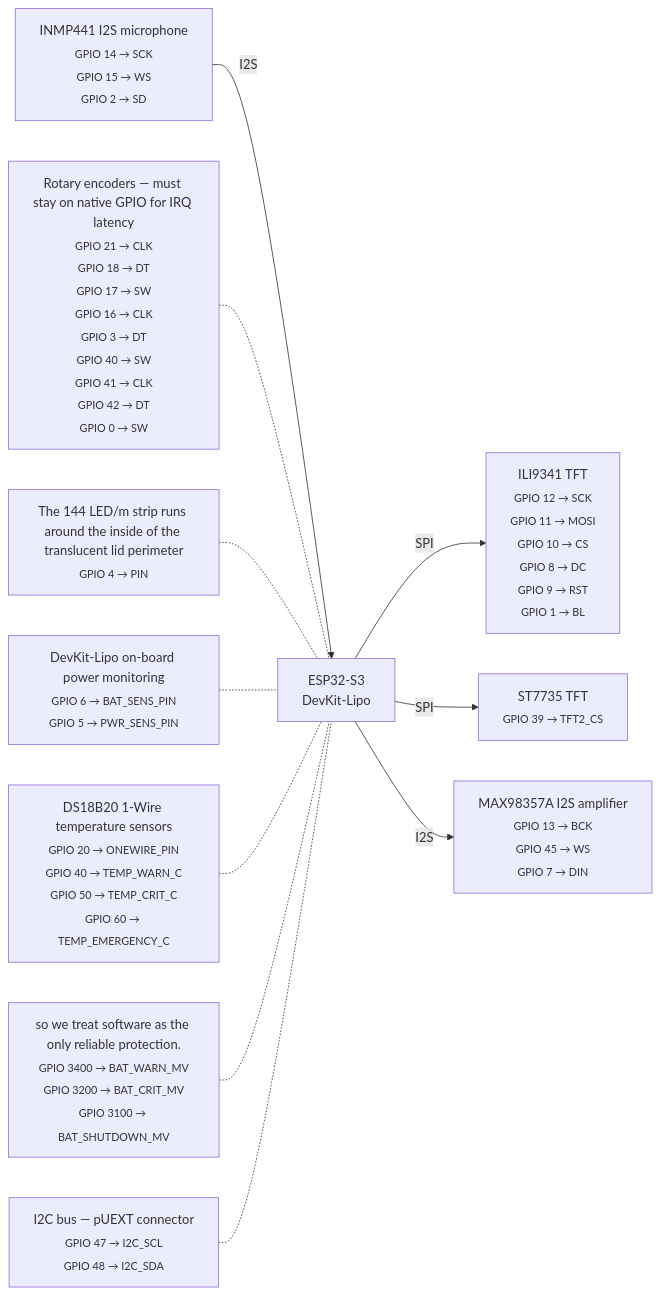
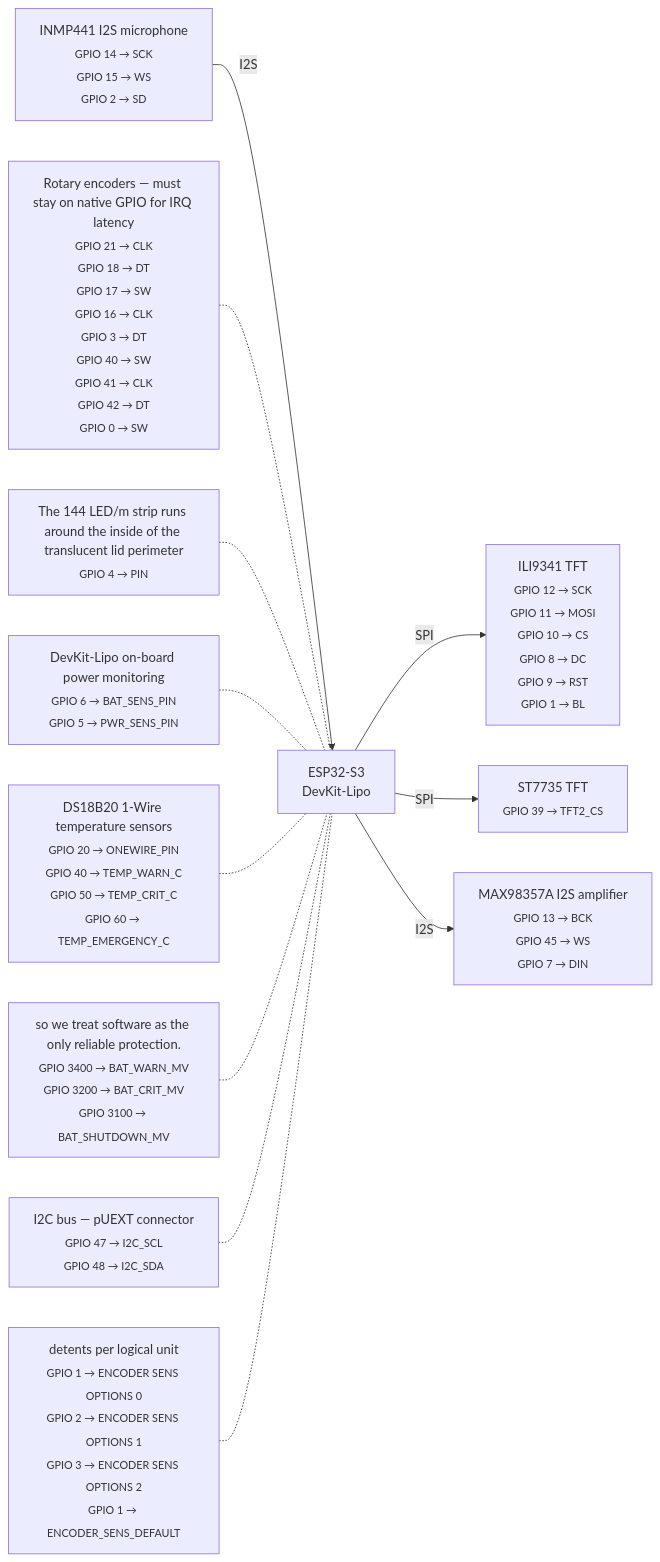
The diagram in docs/wiring.md (mandakan/bodn-esp32), drawn with Mermaid before and after one commit. The commit also changed other lines of this file and 7 other files, not shown here.

````diff
--- a/docs/wiring.md
+++ b/docs/wiring.md
@@ -8,35 +8,38 @@
 ```mermaid
 graph LR
     ESP["ESP32-S3<br/>DevKit-Lipo"]
 
     ILI9341TFT["ILI9341 TFT<br/><sub>GPIO 12 → SCK<br/>GPIO 11 → MOSI<br/>GPIO 10 → CS<br/>GPIO 8 → DC<br/>GPIO 9 → RST<br/>GPIO 1 → BL</sub>"]
     ESP -- SPI --> ILI9341TFT
 
     ST7735TFT["ST7735 TFT<br/><sub>GPIO 39 → TFT2_CS</sub>"]
     ESP -- SPI --> ST7735TFT
 
     INMP441I2Smicrophone["INMP441 I2S microphone<br/><sub>GPIO 14 → SCK<br/>GPIO 15 → WS<br/>GPIO 2 → SD</sub>"]
     INMP441I2Smicrophone -- I2S --> ESP
 
     MAX98357AI2Samplifier["MAX98357A I2S amplifier<br/><sub>GPIO 13 → BCK<br/>GPIO 45 → WS<br/>GPIO 7 → DIN</sub>"]
     ESP -- I2S --> MAX98357AI2Samplifier
 
     RotaryencodersmuststayonnativeGPIOforIRQlatency["Rotary encoders — must stay on native GPIO for IRQ latency<br/><sub>GPIO 21 → CLK<br/>GPIO 18 → DT<br/>GPIO 17 → SW<br/>GPIO 16 → CLK<br/>GPIO 3 → DT<br/>GPIO 40 → SW<br/>GPIO 41 → CLK<br/>GPIO 42 → DT<br/>GPIO 0 → SW</sub>"]
     RotaryencodersmuststayonnativeGPIOforIRQlatency -.- ESP
 
     The144LEDmstriprunsaroundtheinsideofthetranslucentlidperimeter["The 144 LED/m strip runs around the inside of the translucent lid perimeter<br/><sub>GPIO 4 → PIN</sub>"]
     The144LEDmstriprunsaroundtheinsideofthetranslucentlidperimeter -.- ESP
 
     DevKitLipoonboardpowermonitoring["DevKit-Lipo on-board power monitoring<br/><sub>GPIO 6 → BAT_SENS_PIN<br/>GPIO 5 → PWR_SENS_PIN</sub>"]
     DevKitLipoonboardpowermonitoring -.- ESP
 
     DS18B201Wiretemperaturesensors["DS18B20 1-Wire temperature sensors<br/><sub>GPIO 20 → ONEWIRE_PIN<br/>GPIO 40 → TEMP_WARN_C<br/>GPIO 50 → TEMP_CRIT_C<br/>GPIO 60 → TEMP_EMERGENCY_C</sub>"]
     DS18B201Wiretemperaturesensors -.- ESP
 
     sowetreatsoftwareastheonlyreliableprotection["so we treat software as the only reliable protection.<br/><sub>GPIO 3400 → BAT_WARN_MV<br/>GPIO 3200 → BAT_CRIT_MV<br/>GPIO 3100 → BAT_SHUTDOWN_MV</sub>"]
     sowetreatsoftwareastheonlyreliableprotection -.- ESP
 
     I2CbuspUEXTconnector["I2C bus — pUEXT connector<br/><sub>GPIO 47 → I2C_SCL<br/>GPIO 48 → I2C_SDA</sub>"]
     I2CbuspUEXTconnector -.- ESP
 
+    detentsperlogicalunit["detents per logical unit<br/><sub>GPIO 1 → ENCODER SENS OPTIONS 0<br/>GPIO 2 → ENCODER SENS OPTIONS 1<br/>GPIO 3 → ENCODER SENS OPTIONS 2<br/>GPIO 1 → ENCODER_SENS_DEFAULT</sub>"]
+    detentsperlogicalunit -.- ESP
+
 ```
````
